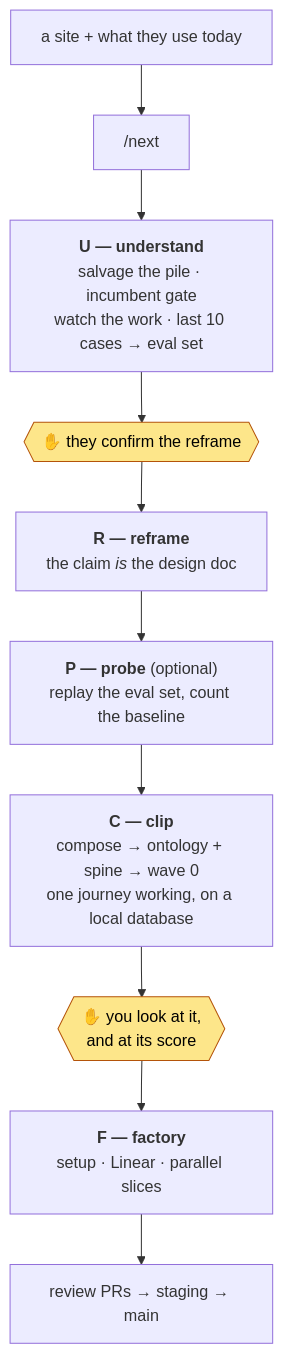
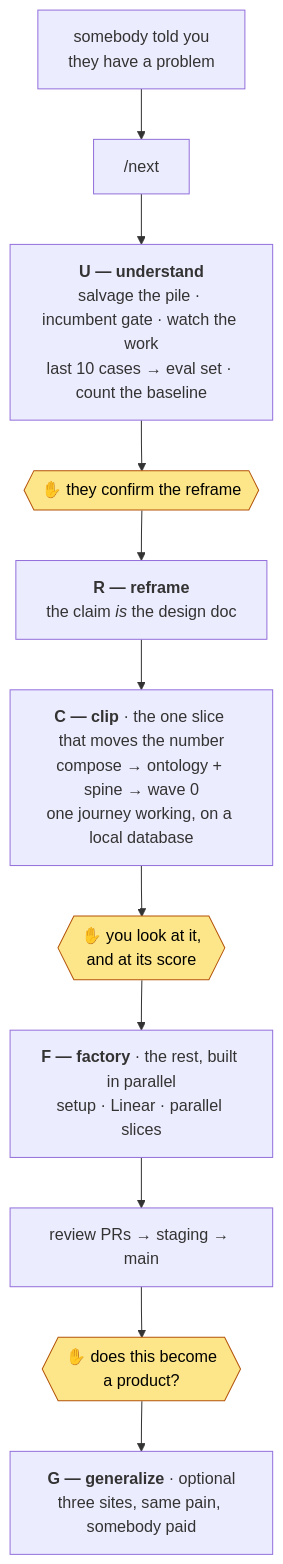
The first of 3 diagrams in README.md (hivinaynair/vipernxt), drawn with Mermaid before and after one commit. The commit also changed other lines of this file and 8 other files, not shown here.

````diff
--- a/README.md
+++ b/README.md
@@ -51,15 +51,17 @@
 ```mermaid
 flowchart TD
-    IN["a site + what they use today"] --> N["/next"]
-    N --> U["<b>U — understand</b><br/>salvage the pile · incumbent gate<br/>watch the work · last 10 cases → eval set"]
+    IN["somebody told you<br/>they have a problem"] --> N["/next"]
+    N --> U["<b>U — understand</b><br/>salvage the pile · incumbent gate · watch the work<br/>last 10 cases → eval set · count the baseline"]
     U --> G1{{"✋ they confirm the reframe"}}
     G1 --> R["<b>R — reframe</b><br/>the claim <i>is</i> the design doc"]
-    R --> P["<b>P — probe</b> (optional)<br/>replay the eval set, count the baseline"]
-    P --> C["<b>C — clip</b><br/>compose → ontology + spine → wave 0<br/>one journey working, on a local database"]
+    R --> C["<b>C — clip</b> · the one slice that moves the number<br/>compose → ontology + spine → wave 0<br/>one journey working, on a local database"]
     C --> G2{{"✋ you look at it,<br/>and at its score"}}
-    G2 --> F["<b>F — factory</b><br/>setup · Linear · parallel slices"]
+    G2 --> F["<b>F — factory</b> · the rest, built in parallel<br/>setup · Linear · parallel slices"]
     F --> REL["review PRs → staging → main"]
+    REL --> G3{{"✋ does this become<br/>a product?"}}
+    G3 --> G["<b>G — generalize</b> · optional<br/>three sites, same pain, somebody paid"]
 
     style G1 fill:#fde68a,stroke:#b45309,color:#000
     style G2 fill:#fde68a,stroke:#b45309,color:#000
+    style G3 fill:#fde68a,stroke:#b45309,color:#000
 ```
````
